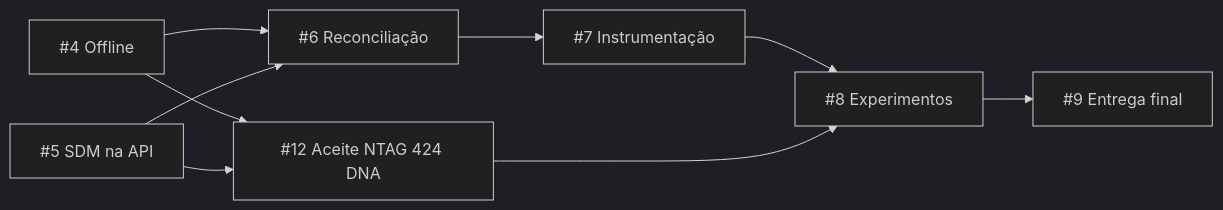
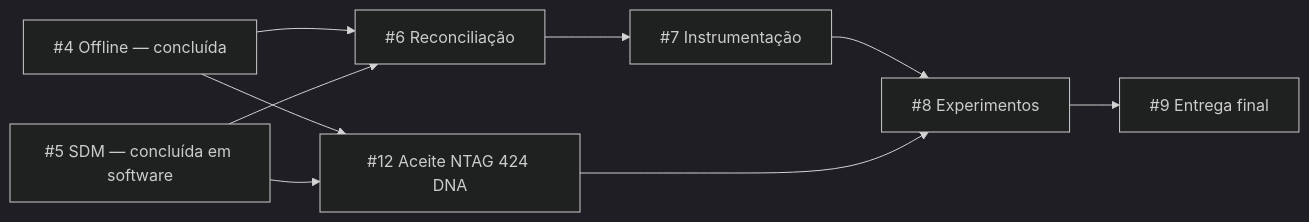
Before and after one commit to Joao-AugustoPF/nfc-trace-api: the diagram in docs/project-status.md, drawn with Mermaid (dark theme). The commit also changed other lines of this file and 39 other files, not shown here.

````diff
--- a/docs/project-status.md
+++ b/docs/project-status.md
@@ -46,11 +37,11 @@
 ```mermaid
 flowchart LR
-  O["#4 Offline"] --> R["#6 Reconciliação"]
-  S["#5 SDM na API"] --> R
+  O["#4 Offline — concluída"] --> R["#6 Reconciliação"]
+  S["#5 SDM — concluída em software"] --> R
   R --> I["#7 Instrumentação"]
   I --> E["#8 Experimentos"]
   O --> H["#12 Aceite NTAG 424 DNA"]
   S --> H
   H --> E
   E --> F["#9 Entrega final"]
 ```
````
